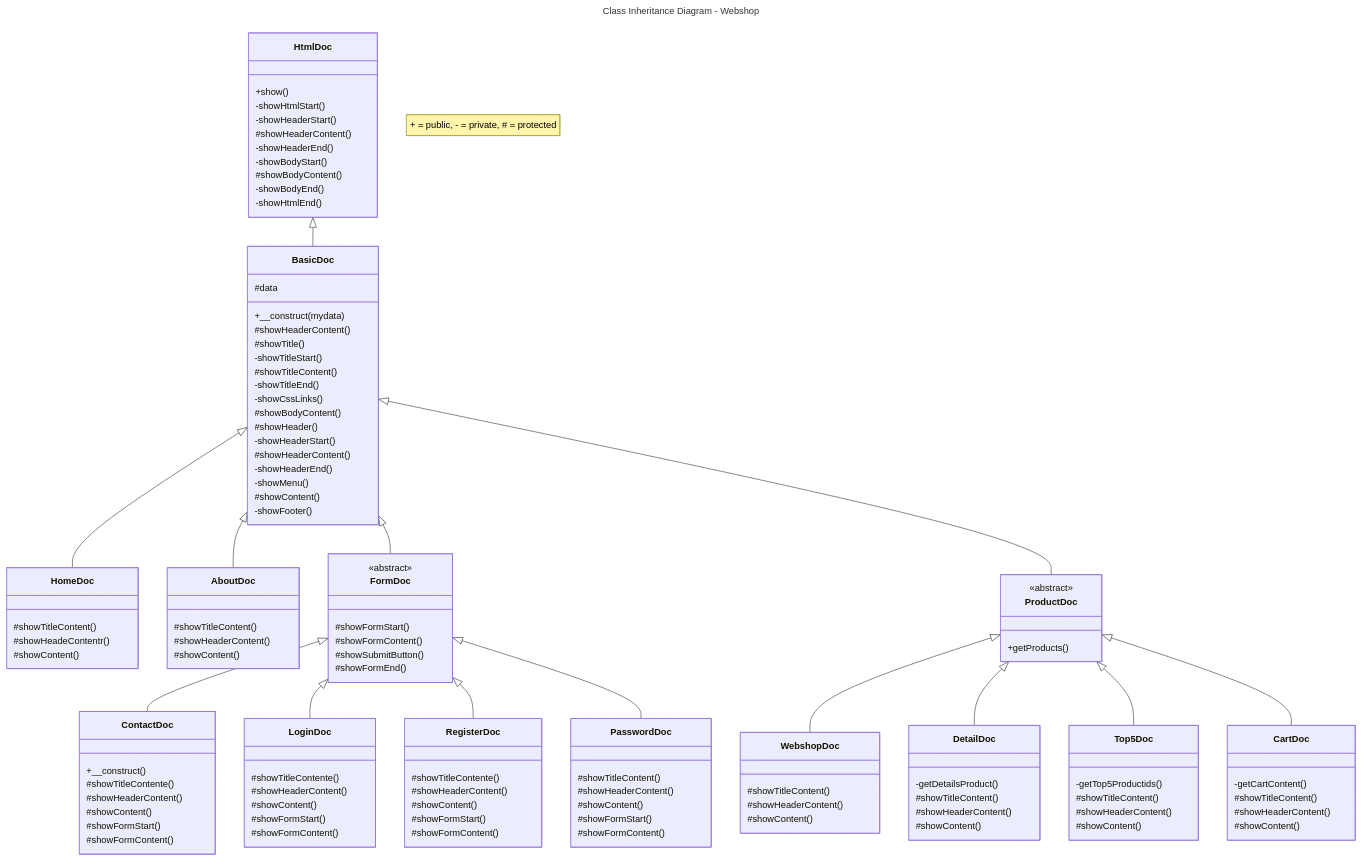
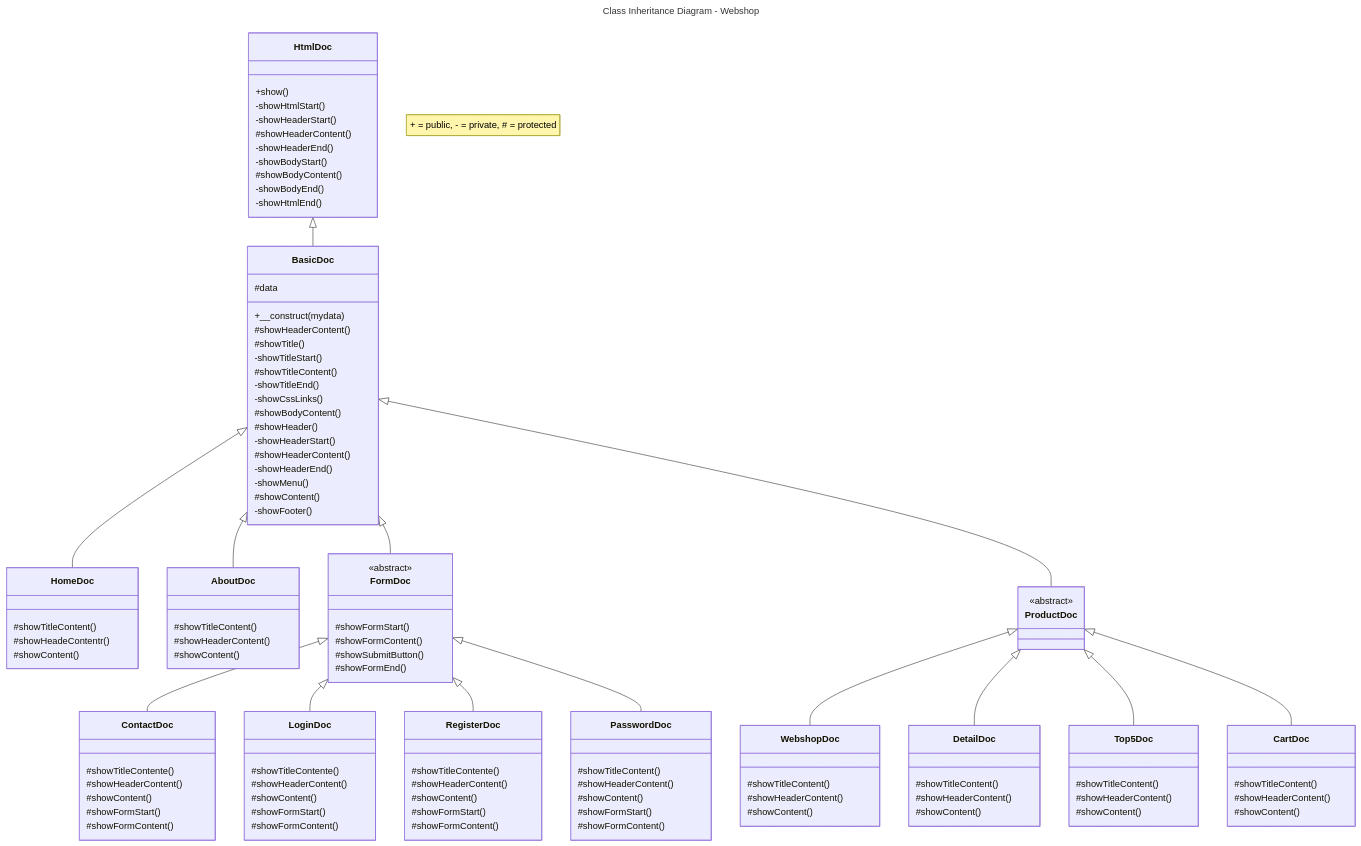
The diagram in Diagrams/class-inheritance-diagram-webshop.md (JeroenHeemskerk/educom-webshop-oop-1708595373), drawn with Mermaid before and after one commit.

```diff
--- a/Diagrams/class-inheritance-diagram-webshop.md
+++ b/Diagrams/class-inheritance-diagram-webshop.md
@@ -69,7 +69,6 @@
         #showFormEnd()
     }
     class ContactDoc{
-        +__construct()
         #showTitleContente()
         #showHeaderContent()
         #showContent()
@@ -101,7 +100,6 @@
 
     class ProductDoc{
         <<abstract>>
-        +getProducts()
     }
 
     class WebshopDoc{
@@ -111,21 +109,18 @@
     }
 
     class Top5Doc{
-        -getTop5Productids()
         #showTitleContent()
         #showHeaderContent()
         #showContent()
     }
 
     class DetailDoc{
-        -getDetailsProduct()
         #showTitleContent()
         #showHeaderContent()
         #showContent()
     }
 
     class CartDoc{
-        -getCartContent()
         #showTitleContent()
         #showHeaderContent()
         #showContent()
```
